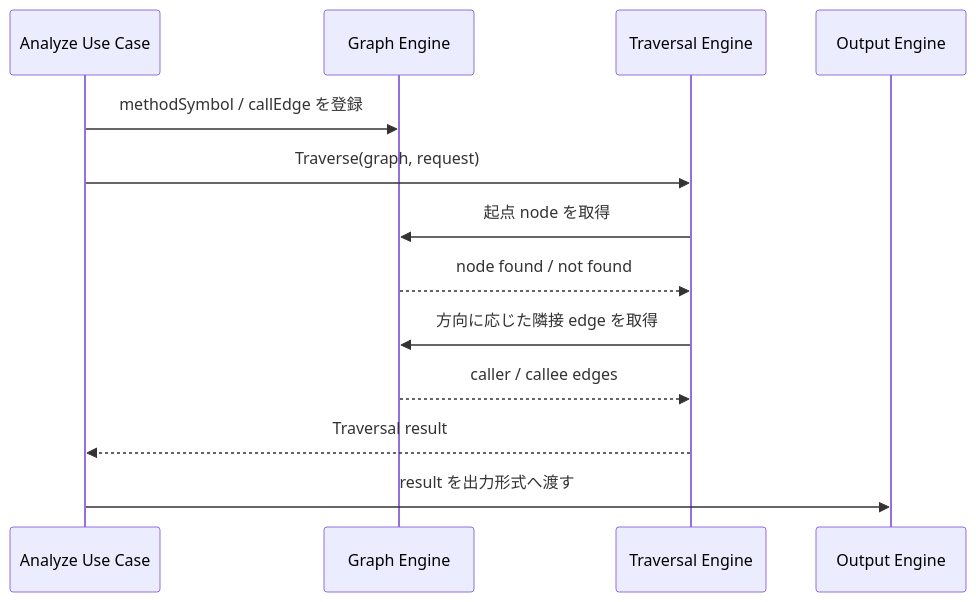
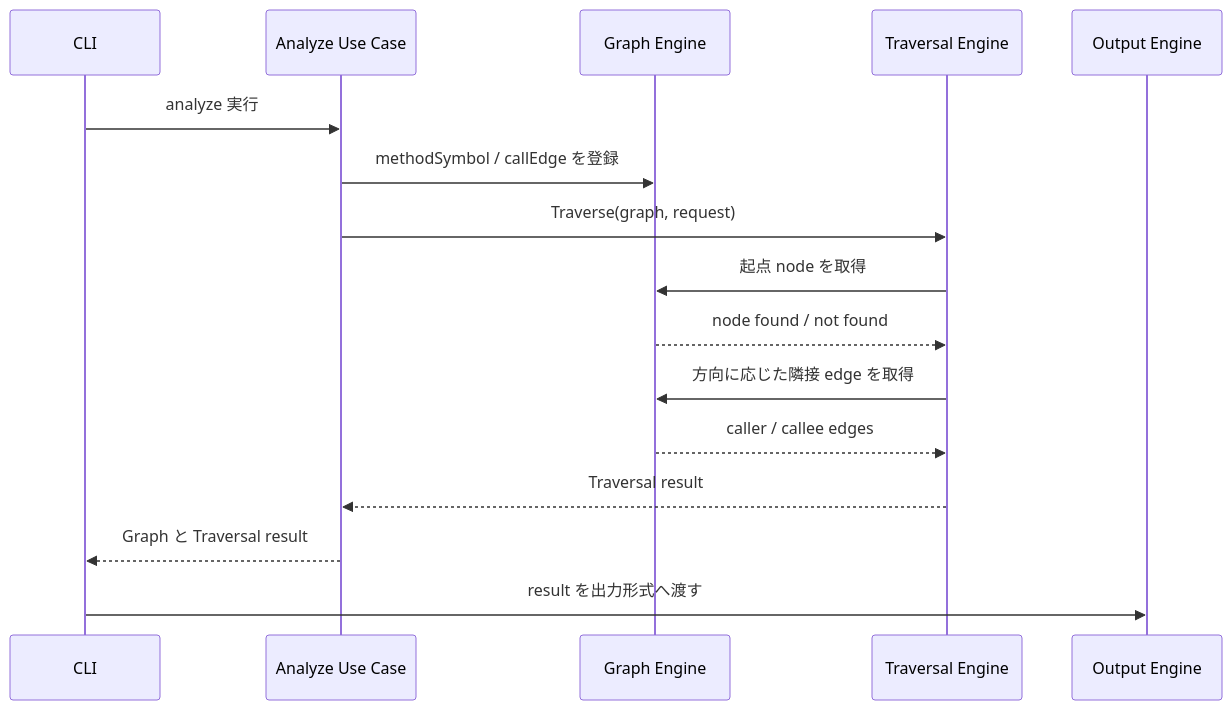
Before and after one commit to Fukuemon/depwalk: the third of 3 diagrams in core/internal/traversal/DesignDoc.md, drawn with Mermaid. The commit also changed other lines of this file and 5 other files, not shown here.

First line of the commit message:
docs: Core の Design Doc の図と表を実装に合わせる #95

````diff
--- a/core/internal/traversal/DesignDoc.md
+++ b/core/internal/traversal/DesignDoc.md
@@ -145,16 +145,19 @@
 ```mermaid
 sequenceDiagram
+    participant CLI as CLI
     participant UseCase as Analyze Use Case
     participant Graph as Graph Engine
     participant Traversal as Traversal Engine
     participant Output as Output Engine
 
+    CLI->>UseCase: analyze 実行
     UseCase->>Graph: methodSymbol / callEdge を登録
     UseCase->>Traversal: Traverse(graph, request)
     Traversal->>Graph: 起点 node を取得
     Graph-->>Traversal: node found / not found
     Traversal->>Graph: 方向に応じた隣接 edge を取得
     Graph-->>Traversal: caller / callee edges
     Traversal-->>UseCase: Traversal result
-    UseCase->>Output: result を出力形式へ渡す
+    UseCase-->>CLI: Graph と Traversal result
+    CLI->>Output: result を出力形式へ渡す
 ```
````
